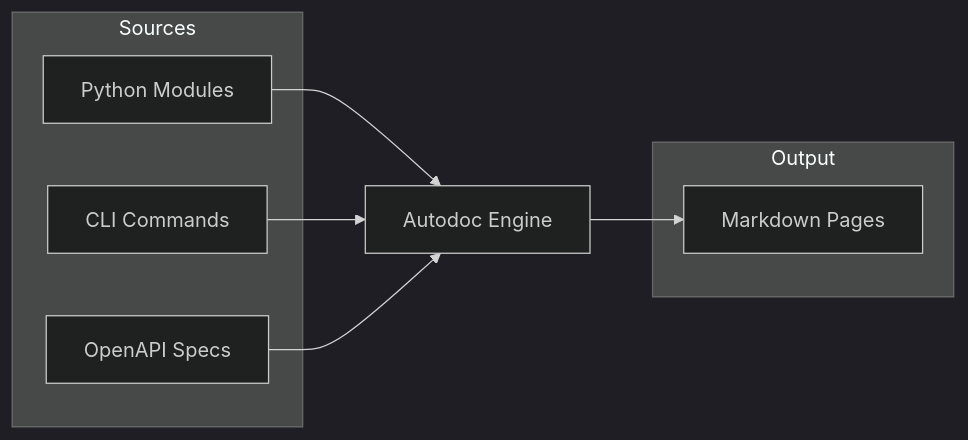
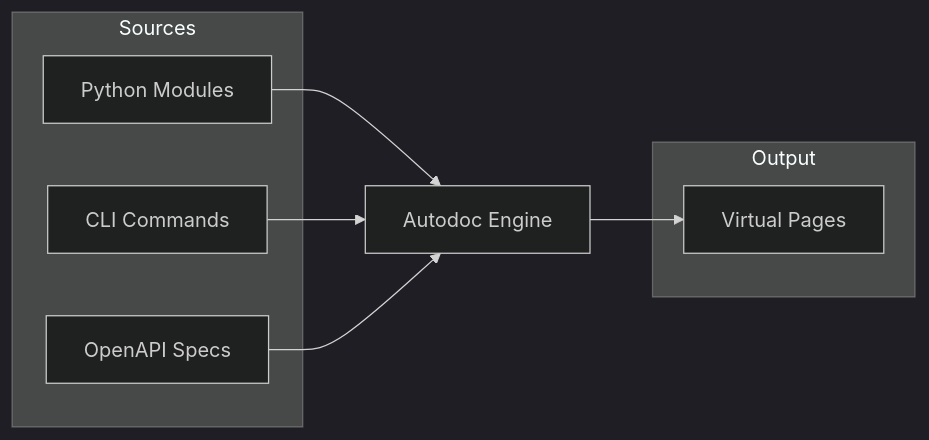
One commit to lbliii/bengal changed the diagram in site/content/docs/extending/autodoc/_index.md. Above: the diagram before and after it, drawn with Mermaid (dark theme). The commit also changed other lines of this file and 6 other files, not shown here.

````diff
--- a/site/content/docs/extending/autodoc/_index.md
+++ b/site/content/docs/extending/autodoc/_index.md
@@ -22,19 +24,19 @@
 ```mermaid
 flowchart LR
     subgraph Sources
         A[Python Modules]
         B[CLI Commands]
         C[OpenAPI Specs]
     end
 
     D[Autodoc Engine]
 
     subgraph Output
-        E[Markdown Pages]
+        E[Virtual Pages]
     end
 
     A --> D
     B --> D
     C --> D
     D --> E
 ```
````
